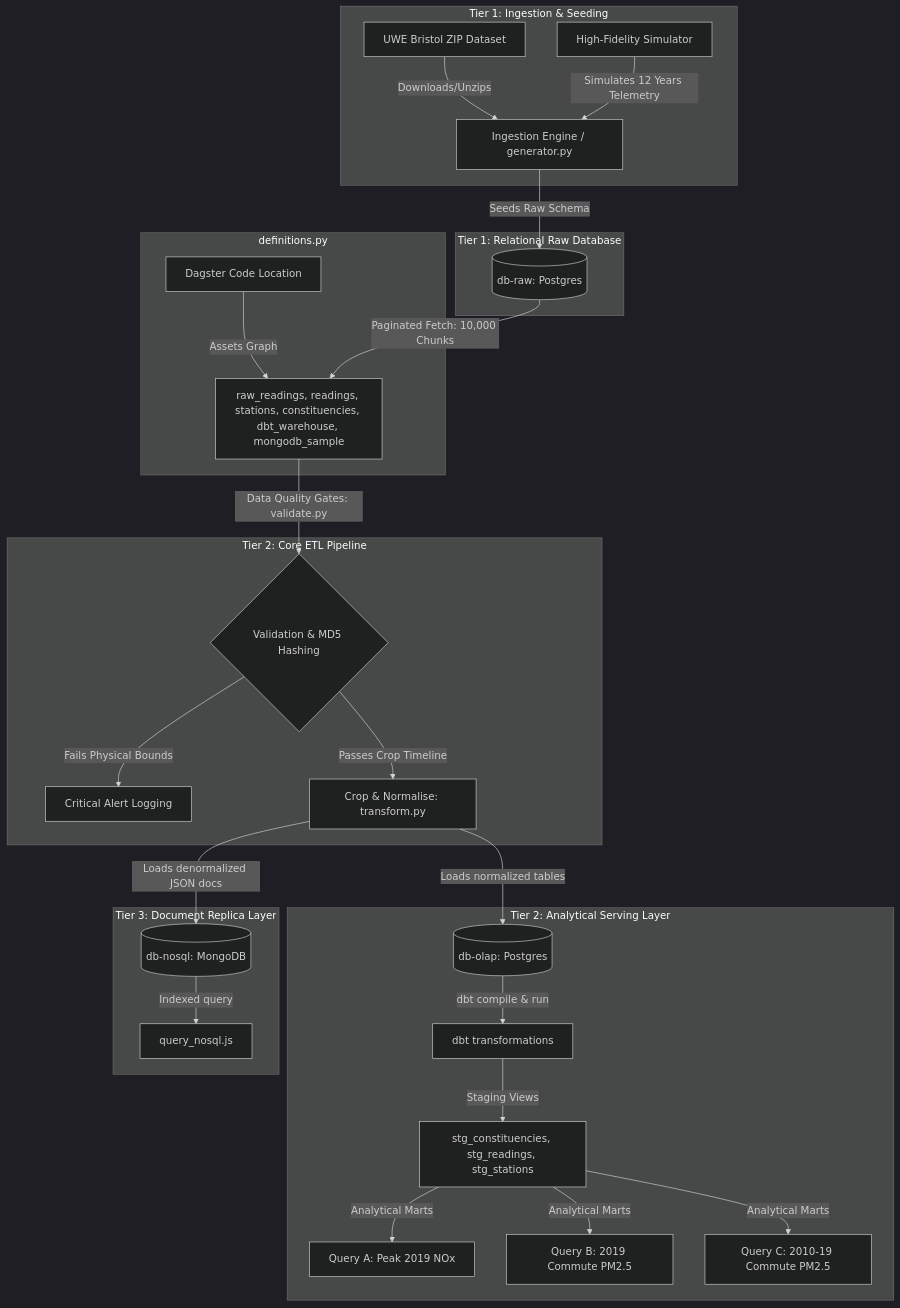
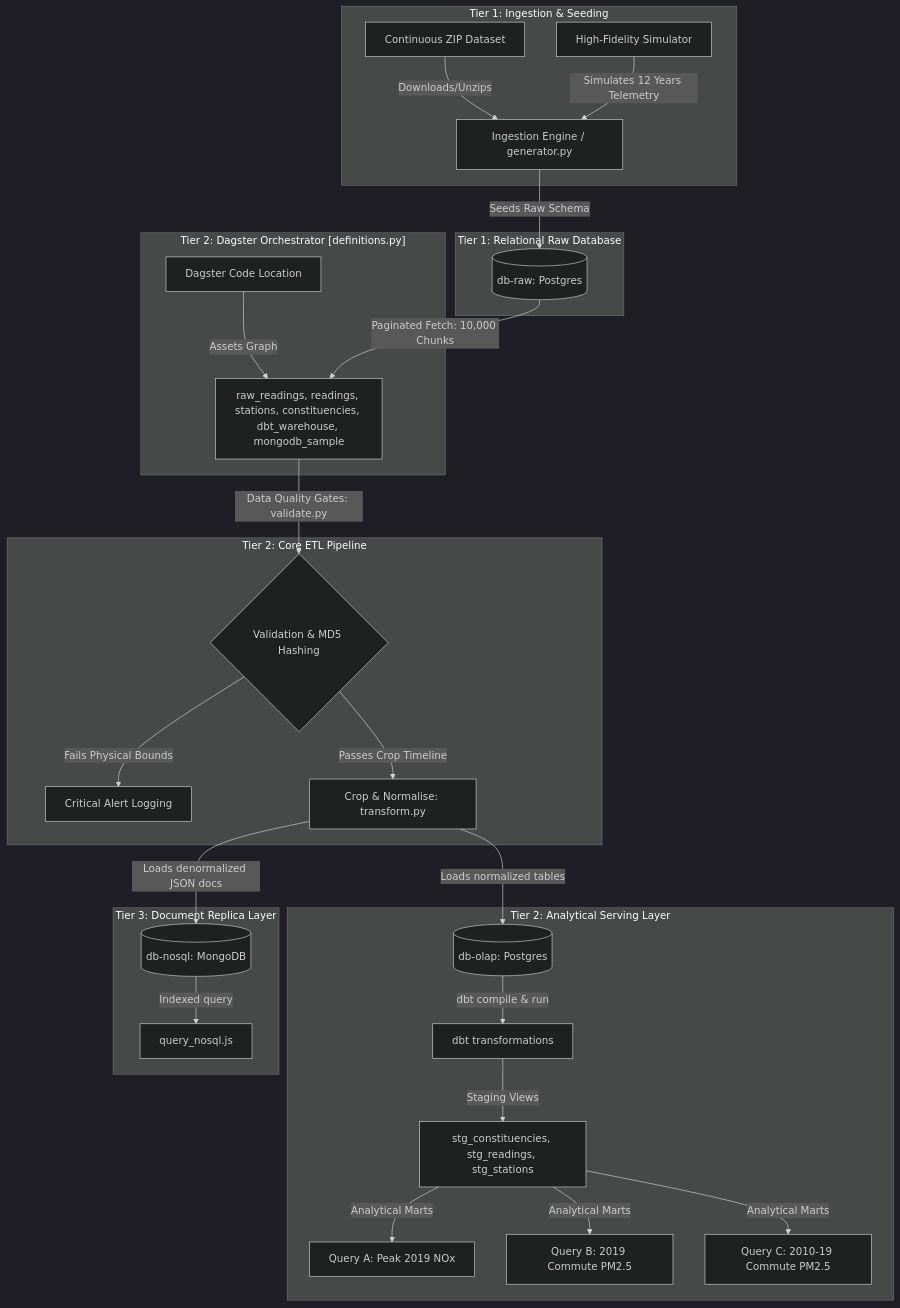
Before and after one commit to D0nG4667/de-three-tier-data-stack: the diagram in docs/reports/report.md, drawn with Mermaid (dark theme). The commit also changed 5 other files, not shown here.

````diff
--- a/docs/reports/report.md
+++ b/docs/reports/report.md
@@ -18,37 +18,37 @@
 ```mermaid
 graph TD
-    subgraph Tier 1: Ingestion & Seeding
-        UWE[UWE Bristol ZIP Dataset] -->|Downloads/Unzips| GEN[Ingestion Engine / generator.py]
+    subgraph T1_Ingest ["Tier 1: Ingestion & Seeding"]
+        CSV_SRC[Continuous ZIP Dataset] -->|Downloads/Unzips| GEN[Ingestion Engine / generator.py]
         SIM[High-Fidelity Simulator] -->|Simulates 12 Years Telemetry| GEN
     end
 
-    subgraph Tier 1: Relational Raw Database
+    subgraph T1_Raw_DB ["Tier 1: Relational Raw Database"]
         GEN -->|Seeds Raw Schema| RAW_DB[(db-raw: Postgres)]
     end
 
-    subgraph Tier 2: Dagster Orchestrator [definitions.py]
+    subgraph T2_Dagster ["Tier 2: Dagster Orchestrator [definitions.py]"]
         DAGSTER[Dagster Code Location]
         DAGSTER -->|Assets Graph| ASSETS[raw_readings, readings, stations, constituencies, dbt_warehouse, mongodb_sample]
     end
 
-    subgraph Tier 2: Core ETL Pipeline
+    subgraph T2_ETL ["Tier 2: Core ETL Pipeline"]
         RAW_DB -->|Paginated Fetch: 10,000 Chunks| ASSETS
         ASSETS -->|Data Quality Gates: validate.py| DQ{Validation & MD5 Hashing}
         DQ -->|Fails Physical Bounds| LOG[Critical Alert Logging]
         DQ -->|Passes Crop Timeline| CROP[Crop & Normalise: transform.py]
     end
 
-    subgraph Tier 2: Analytical Serving Layer
+    subgraph T2_OLAP ["Tier 2: Analytical Serving Layer"]
         CROP -->|Loads normalized tables| OLAP_DB[(db-olap: Postgres)]
         OLAP_DB -->|dbt compile & run| DBT[dbt transformations]
         DBT -->|Staging Views| STG_V[stg_constituencies, stg_readings, stg_stations]
         STG_V -->|Analytical Marts| QUERY_A[Query A: Peak 2019 NOx]
         STG_V -->|Analytical Marts| QUERY_B[Query B: 2019 Commute PM2.5]
         STG_V -->|Analytical Marts| QUERY_C[Query C: 2010-19 Commute PM2.5]
     end
 
-    subgraph Tier 3: Document Replica Layer
+    subgraph T3_NoSQL ["Tier 3: Document Replica Layer"]
         CROP -->|Loads denormalized JSON docs| NOSQL_DB[(db-nosql: MongoDB)]
         NOSQL_DB -->|Indexed query| MONGO_Q[query_nosql.js]
     end
 ```
````
